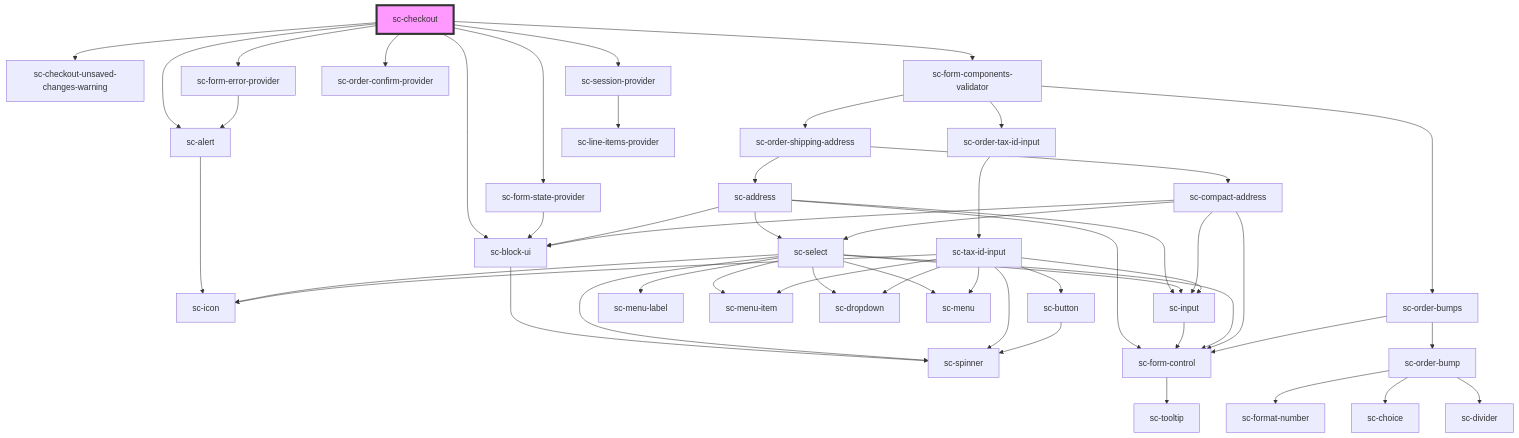
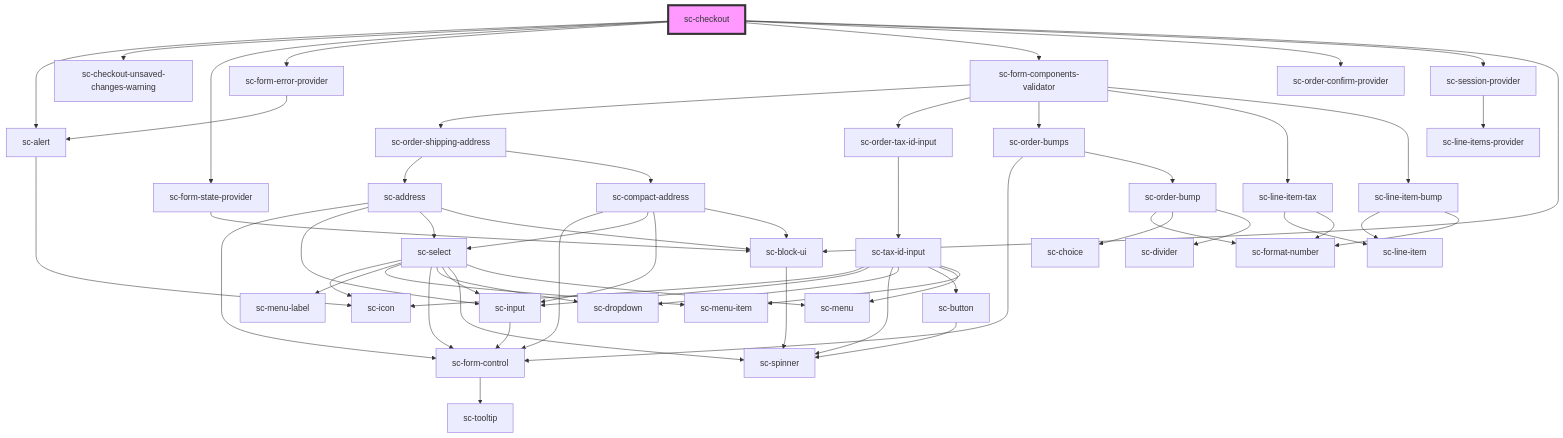
Before and after one commit to surecart/surecart-wp-plugin: the diagram in packages/components/src/components/controllers/checkout-form/checkout/readme.md, drawn with Mermaid. The commit also changed 4 other files, not shown here.

````diff
--- a/packages/components/src/components/controllers/checkout-form/checkout/readme.md
+++ b/packages/components/src/components/controllers/checkout-form/checkout/readme.md
@@ -77,54 +77,60 @@
 ```mermaid
 graph TD;
   sc-checkout --> sc-alert
   sc-checkout --> sc-checkout-unsaved-changes-warning
   sc-checkout --> sc-form-state-provider
   sc-checkout --> sc-form-error-provider
   sc-checkout --> sc-form-components-validator
   sc-checkout --> sc-order-confirm-provider
   sc-checkout --> sc-session-provider
   sc-checkout --> sc-block-ui
   sc-alert --> sc-icon
   sc-form-state-provider --> sc-block-ui
   sc-block-ui --> sc-spinner
   sc-form-error-provider --> sc-alert
   sc-form-components-validator --> sc-order-shipping-address
   sc-form-components-validator --> sc-order-tax-id-input
   sc-form-components-validator --> sc-order-bumps
+  sc-form-components-validator --> sc-line-item-tax
+  sc-form-components-validator --> sc-line-item-bump
   sc-order-shipping-address --> sc-address
   sc-order-shipping-address --> sc-compact-address
   sc-address --> sc-form-control
   sc-address --> sc-input
   sc-address --> sc-select
   sc-address --> sc-block-ui
   sc-form-control --> sc-tooltip
   sc-input --> sc-form-control
   sc-select --> sc-icon
   sc-select --> sc-menu-label
   sc-select --> sc-menu-item
   sc-select --> sc-form-control
   sc-select --> sc-dropdown
   sc-select --> sc-input
   sc-select --> sc-spinner
   sc-select --> sc-menu
   sc-compact-address --> sc-form-control
   sc-compact-address --> sc-select
   sc-compact-address --> sc-input
   sc-compact-address --> sc-block-ui
   sc-order-tax-id-input --> sc-tax-id-input
   sc-tax-id-input --> sc-icon
   sc-tax-id-input --> sc-input
   sc-tax-id-input --> sc-spinner
   sc-tax-id-input --> sc-dropdown
   sc-tax-id-input --> sc-button
   sc-tax-id-input --> sc-menu
   sc-tax-id-input --> sc-menu-item
   sc-button --> sc-spinner
   sc-order-bumps --> sc-form-control
   sc-order-bumps --> sc-order-bump
   sc-order-bump --> sc-format-number
   sc-order-bump --> sc-choice
   sc-order-bump --> sc-divider
+  sc-line-item-tax --> sc-line-item
+  sc-line-item-tax --> sc-format-number
+  sc-line-item-bump --> sc-line-item
+  sc-line-item-bump --> sc-format-number
   sc-session-provider --> sc-line-items-provider
   style sc-checkout fill:#f9f,stroke:#333,stroke-width:4px
 ```
````
